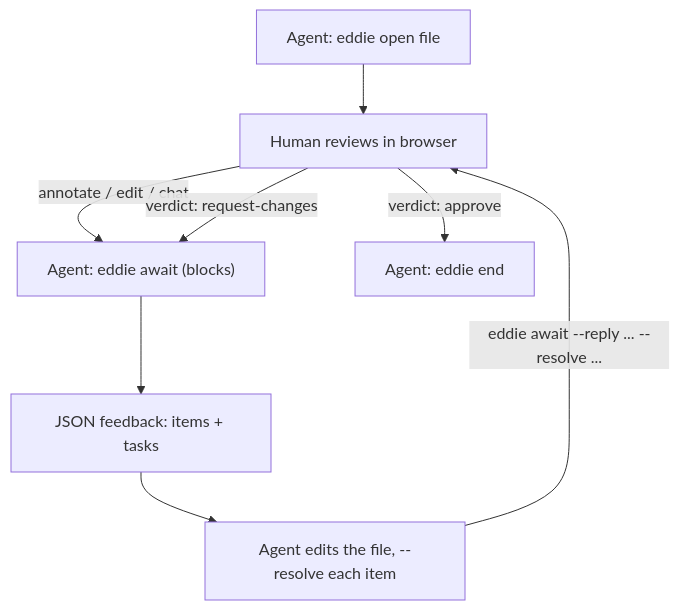
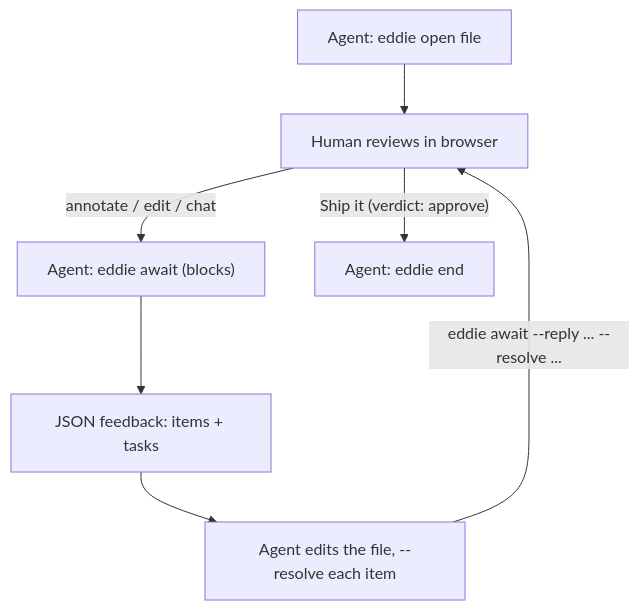
Before and after one commit to 2dryhands/eddie: the second of 2 diagrams in README.md, drawn with Mermaid. The commit also changed other lines of this file and 4 other files, not shown here.

Commit message:
feat: two-button verdict - send + ship-it/commit, request-changes UI removed (owner decision)

````diff
--- a/README.md
+++ b/README.md
@@ -114,10 +114,9 @@
 ```mermaid
 flowchart TD
   A["Agent: eddie open file"] --> B["Human reviews in browser"]
   B -->|"annotate / edit / chat"| C["Agent: eddie await (blocks)"]
   C --> D["JSON feedback: items + tasks"]
   D --> E["Agent edits the file, --resolve each item"]
   E -->|"eddie await --reply ... --resolve ..."| B
-  B -->|"verdict: approve"| F["Agent: eddie end"]
-  B -->|"verdict: request-changes"| C
+  B -->|"Ship it (verdict: approve)"| F["Agent: eddie end"]
 ```
````
